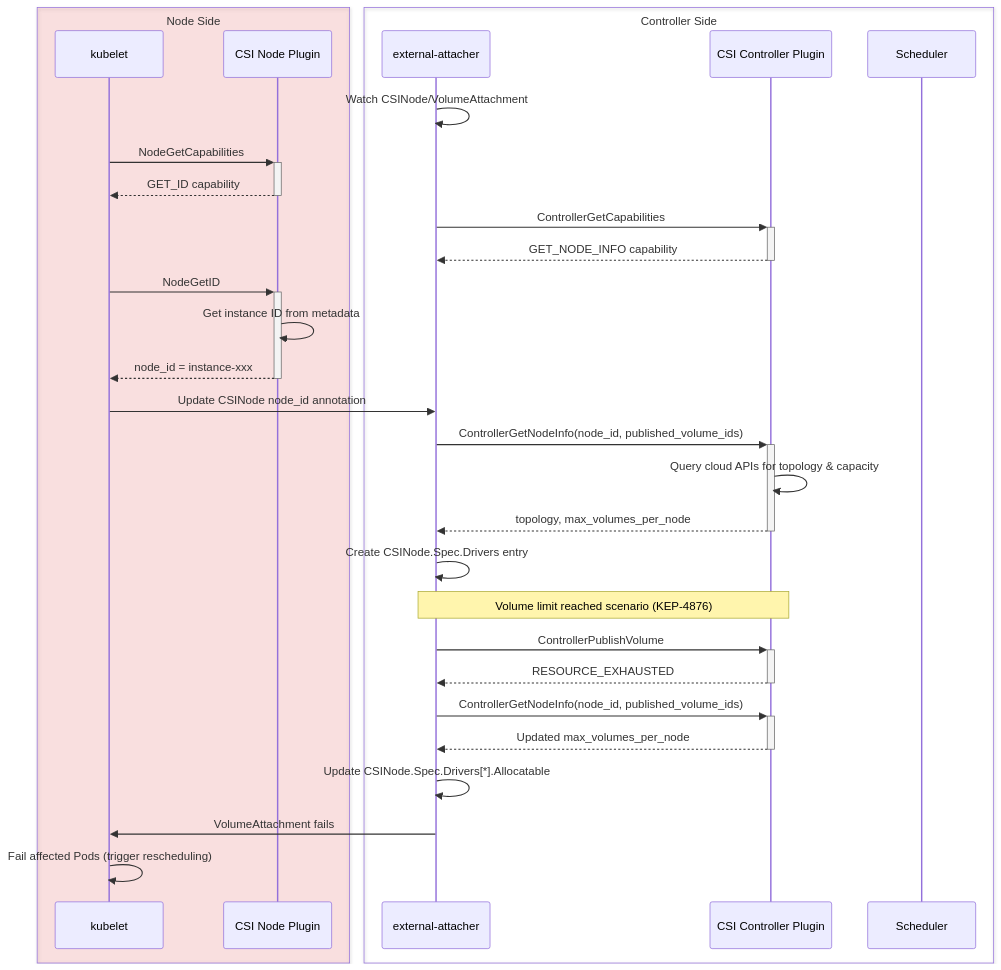
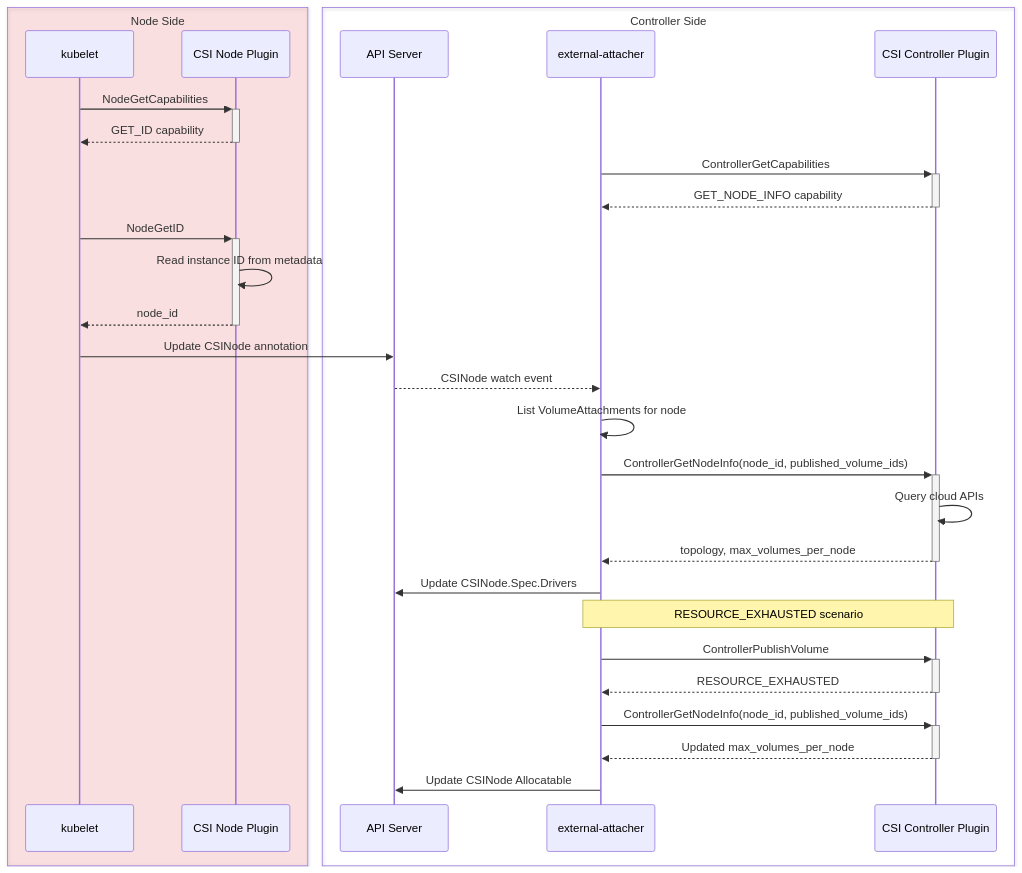
The diagram in keps/sig-storage/6011-controller-get-node-info/README.md (kubernetes/enhancements), drawn with Mermaid before and after one commit. The commit also changed other lines of this file and 1 other file, not shown here.

Commit message:
KEP-6011: Refine KEP structure and technical details

````diff
--- a/keps/sig-storage/6011-controller-get-node-info/README.md
+++ b/keps/sig-storage/6011-controller-get-node-info/README.md
@@ -405,41 +320,38 @@
 ```mermaid
 sequenceDiagram
     box rgba(255,0,0,0.1) Node Side
         participant kubelet
         participant csi-node as CSI Node Plugin
     end
     box Controller Side
+        participant apiserver as API Server
         participant attacher as external-attacher
         participant csi-ctrl as CSI Controller Plugin
-        participant scheduler as Scheduler
     end
-
-    attacher->>attacher: Watch CSINode/VolumeAttachment
 
     kubelet->>+csi-node: NodeGetCapabilities
     csi-node-->>-kubelet: GET_ID capability
 
     attacher->>+csi-ctrl: ControllerGetCapabilities
     csi-ctrl-->>-attacher: GET_NODE_INFO capability
 
     kubelet->>+csi-node: NodeGetID
-    csi-node->>csi-node: Get instance ID from metadata
-    csi-node-->>-kubelet: node_id = instance-xxx
+    csi-node->>csi-node: Read instance ID from metadata
+    csi-node-->>-kubelet: node_id
 
-    kubelet->>attacher: Update CSINode node_id annotation
+    kubelet->>apiserver: Update CSINode annotation
+    apiserver-->>attacher: CSINode watch event
 
+    attacher->>attacher: List VolumeAttachments for node
     attacher->>+csi-ctrl: ControllerGetNodeInfo(node_id, published_volume_ids)
-    csi-ctrl->>csi-ctrl: Query cloud APIs for topology & capacity
+    csi-ctrl->>csi-ctrl: Query cloud APIs
     csi-ctrl-->>-attacher: topology, max_volumes_per_node
+    attacher->>apiserver: Update CSINode.Spec.Drivers
 
-    attacher->>attacher: Create CSINode.Spec.Drivers entry
-
-    Note over attacher,csi-ctrl: Volume limit reached scenario (KEP-4876)
+    Note over attacher,csi-ctrl: RESOURCE_EXHAUSTED scenario
     attacher->>+csi-ctrl: ControllerPublishVolume
     csi-ctrl-->>-attacher: RESOURCE_EXHAUSTED
     attacher->>+csi-ctrl: ControllerGetNodeInfo(node_id, published_volume_ids)
     csi-ctrl-->>-attacher: Updated max_volumes_per_node
-    attacher->>attacher: Update CSINode.Spec.Drivers[*].Allocatable
-    attacher->>kubelet: VolumeAttachment fails
-    kubelet->>kubelet: Fail affected Pods (trigger rescheduling)
+    attacher->>apiserver: Update CSINode Allocatable
 ```
````
